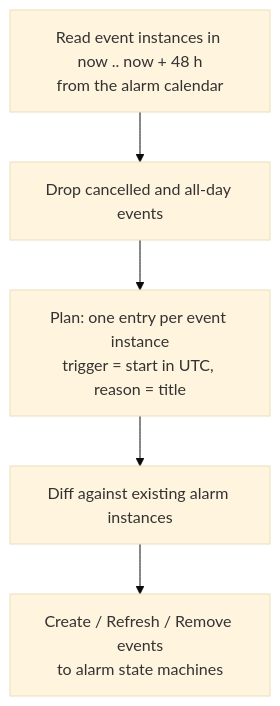
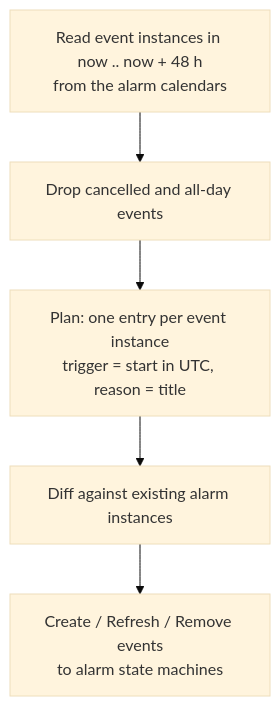
One commit to drehtuer/NextAlarmApp changed the second of 6 diagrams in docs/architecture.md. Above: the diagram before and after it, drawn with Mermaid (base theme). The commit also changed other lines of this file and 39 other files, not shown here.

First line of the commit message:
Use several alarm calendars instead of one

````diff
--- a/docs/architecture.md
+++ b/docs/architecture.md
@@ -127,7 +128,7 @@
 ```mermaid
 flowchart TD
-    A[Read event instances in now .. now + 48 h<br/>from the alarm calendar] --> B[Drop cancelled and all-day events]
+    A[Read event instances in now .. now + 48 h<br/>from the alarm calendars] --> B[Drop cancelled and all-day events]
     B --> N[Plan: one entry per event instance<br/>trigger = start in UTC, reason = title]
     N --> O[Diff against existing alarm instances]
     O --> P[Create / Refresh / Remove events<br/>to alarm state machines]
 ```
````
